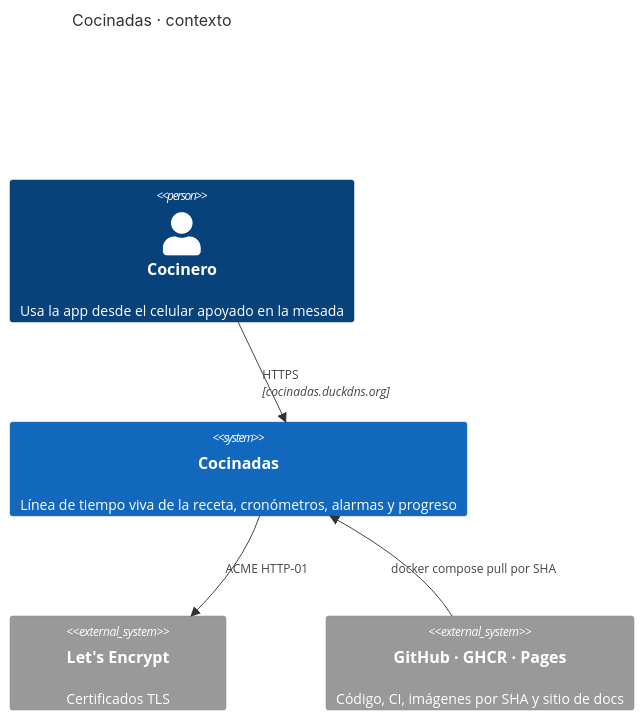
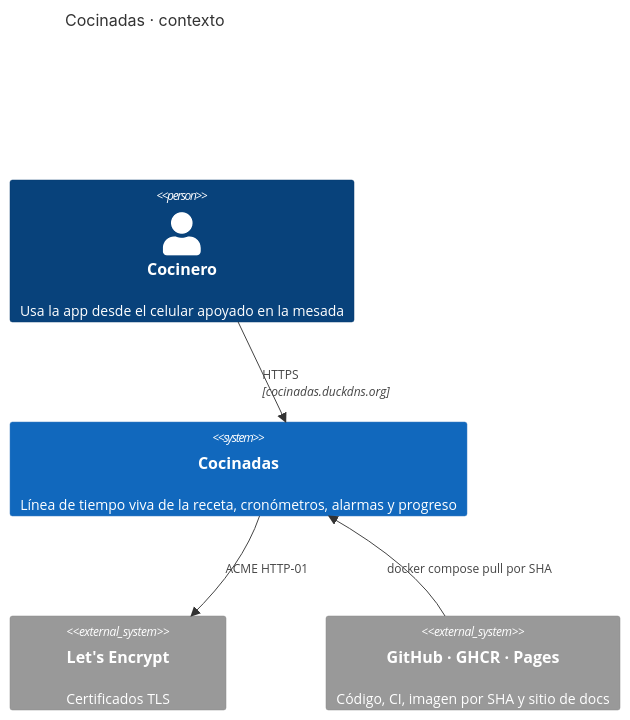
The first of 4 diagrams in docs/ARCHITECTURE.md (carlos-illobre/cocinadas), drawn with Mermaid before and after one commit. The commit also changed other lines of this file and 27 other files, not shown here.

````diff
--- a/docs/ARCHITECTURE.md
+++ b/docs/ARCHITECTURE.md
@@ -11,11 +17,11 @@
 ```mermaid
 C4Context
   title Cocinadas · contexto
   Person(cocinero, "Cocinero", "Usa la app desde el celular apoyado en la mesada")
   System(cocinadas, "Cocinadas", "Línea de tiempo viva de la receta, cronómetros, alarmas y progreso")
   System_Ext(letsencrypt, "Let's Encrypt", "Certificados TLS")
-  System_Ext(ghcr, "GitHub · GHCR · Pages", "Código, CI, imágenes por SHA y sitio de docs")
+  System_Ext(ghcr, "GitHub · GHCR · Pages", "Código, CI, imagen por SHA y sitio de docs")
   Rel(cocinero, cocinadas, "HTTPS", "cocinadas.duckdns.org")
   Rel(cocinadas, letsencrypt, "ACME HTTP-01")
   Rel(ghcr, cocinadas, "docker compose pull por SHA")
 ```
````
